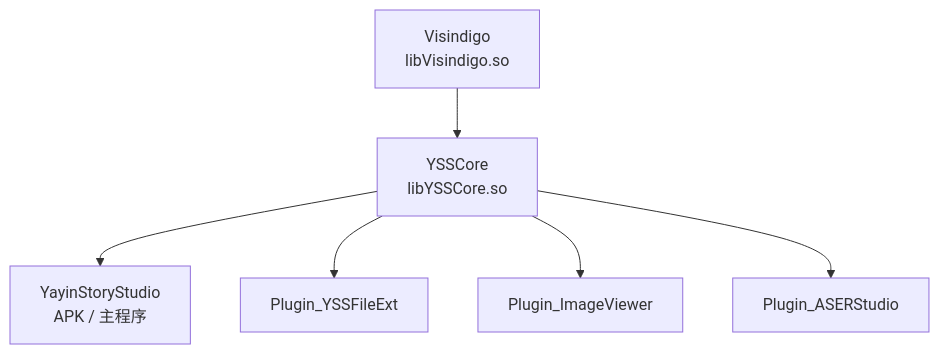
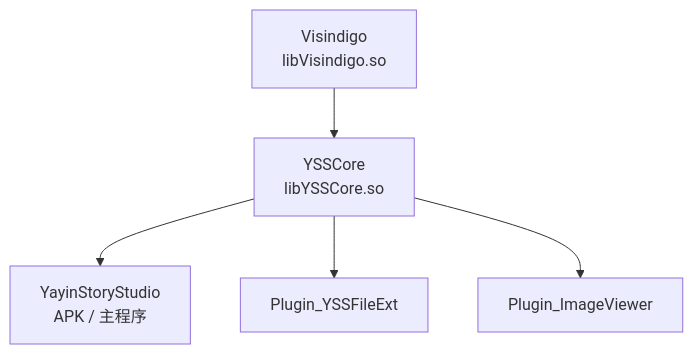
One commit to tsingyayin/YayinStoryStudio changed the diagram in qt_creator/README.md. Above: the diagram before and after it, drawn with Mermaid. The commit also changed other lines of this file and 14 other files, not shown here.

````diff
--- a/qt_creator/README.md
+++ b/qt_creator/README.md
@@ -23,8 +23,7 @@
 ```mermaid
 graph TD
     V[Visindigo<br/>libVisindigo.so] --> C[YSSCore<br/>libYSSCore.so]
     C --> A[YayinStoryStudio<br/>APK / 主程序]
     C --> P1[Plugin_YSSFileExt]
     C --> P2[Plugin_ImageViewer]
-    C --> P3[Plugin_ASERStudio]
 ```
````
